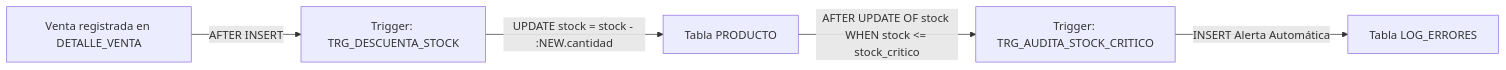
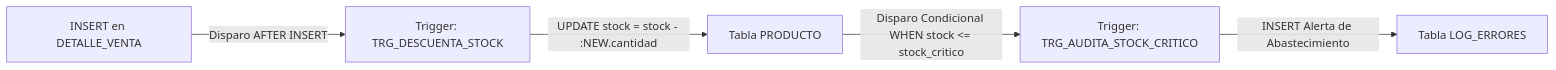
The sixth of 6 diagrams in docs/EXPLICACION_BLOQUES_CODIGO.md (NezerkC/taller-base-de-datos-), drawn with Mermaid before and after one commit. The commit also changed other lines of this file, not shown here.

Commit message:
docs: add er diagram, schema ddl/dml block and elevate technical vocabulary

````diff
--- a/docs/EXPLICACION_BLOQUES_CODIGO.md
+++ b/docs/EXPLICACION_BLOQUES_CODIGO.md
@@ -544,7 +906,7 @@
 ```mermaid
 graph LR
-    A[Venta registrada en DETALLE_VENTA] -->|AFTER INSERT| B[Trigger: TRG_DESCUENTA_STOCK]
+    A[INSERT en DETALLE_VENTA] -->|Disparo AFTER INSERT| B[Trigger: TRG_DESCUENTA_STOCK]
     B -->|UPDATE stock = stock - :NEW.cantidad| C[Tabla PRODUCTO]
-    C -->|AFTER UPDATE OF stock WHEN stock <= stock_critico| D[Trigger: TRG_AUDITA_STOCK_CRITICO]
-    D -->|INSERT Alerta Automática| E[Tabla LOG_ERRORES]
+    C -->|Disparo Condicional WHEN stock <= stock_critico| D[Trigger: TRG_AUDITA_STOCK_CRITICO]
+    D -->|INSERT Alerta de Abastecimiento| E[Tabla LOG_ERRORES]
 ```
````
